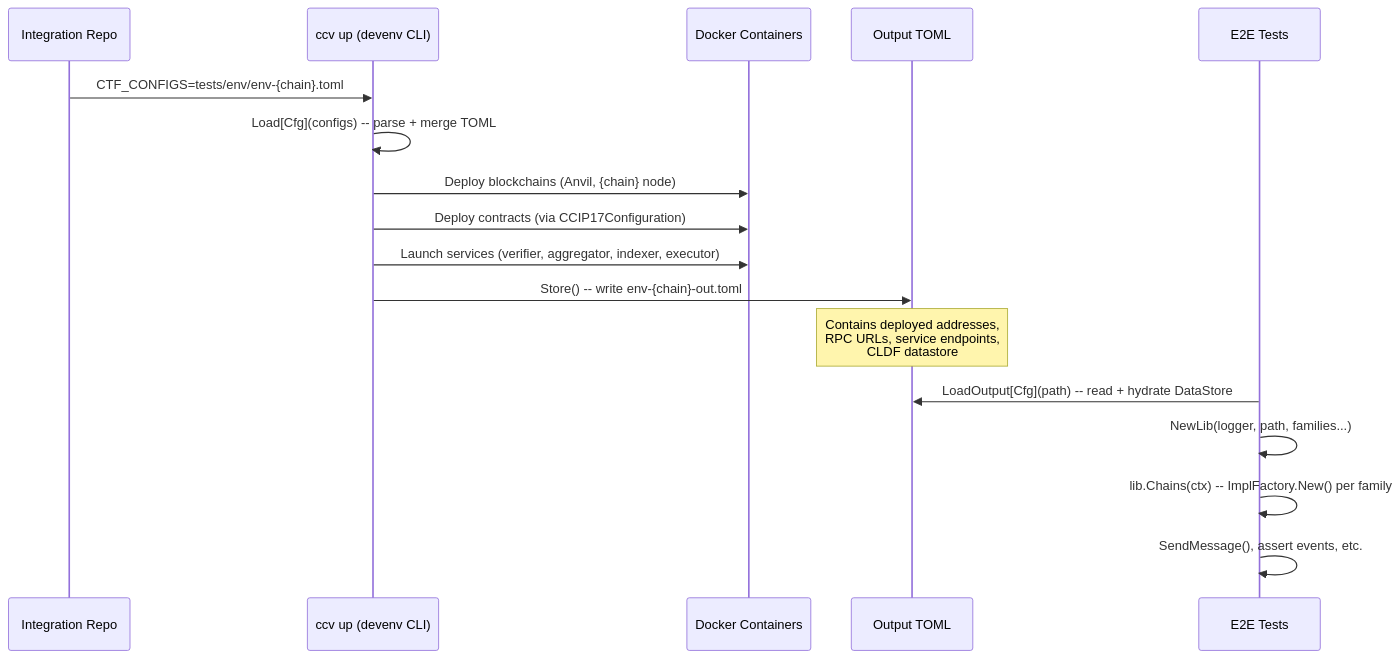
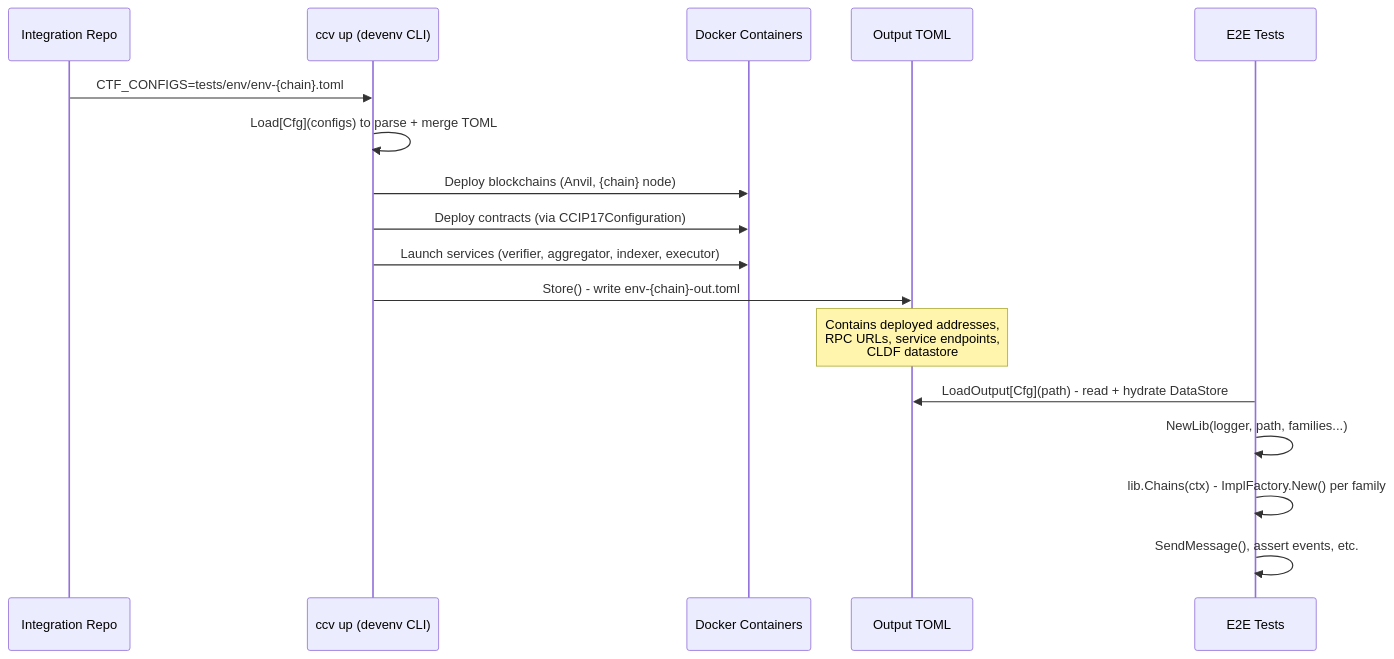
The second of 3 diagrams in docs/integration-guide.md (smartcontractkit/chainlink-ccv), drawn with Mermaid before and after one commit. The commit also changed other lines of this file, not shown here.

````diff
--- a/docs/integration-guide.md
+++ b/docs/integration-guide.md
@@ -67,21 +67,21 @@
 ```mermaid
 sequenceDiagram
     participant ChainIntegration as Integration Repo
     participant CLI as ccv up (devenv CLI)
     participant Docker as Docker Containers
     participant Out as Output TOML
     participant Test as E2E Tests
 
     ChainIntegration->>CLI: CTF_CONFIGS=tests/env/env-{chain}.toml
-    CLI->>CLI: Load[Cfg](configs) -- parse + merge TOML
+    CLI->>CLI: Load[Cfg](configs) to parse + merge TOML
     CLI->>Docker: Deploy blockchains (Anvil, {chain} node)
     CLI->>Docker: Deploy contracts (via CCIP17Configuration)
     CLI->>Docker: Launch services (verifier, aggregator, indexer, executor)
-    CLI->>Out: Store() -- write env-{chain}-out.toml
+    CLI->>Out: Store() - write env-{chain}-out.toml
     Note over Out: Contains deployed addresses,<br/>RPC URLs, service endpoints,<br/>CLDF datastore
 
-    Test->>Out: LoadOutput[Cfg](path) -- read + hydrate DataStore
+    Test->>Out: LoadOutput[Cfg](path) - read + hydrate DataStore
     Test->>Test: NewLib(logger, path, families...)
-    Test->>Test: lib.Chains(ctx) -- ImplFactory.New() per family
+    Test->>Test: lib.Chains(ctx) - ImplFactory.New() per family
     Test->>Test: SendMessage(), assert events, etc.
 ```
````
